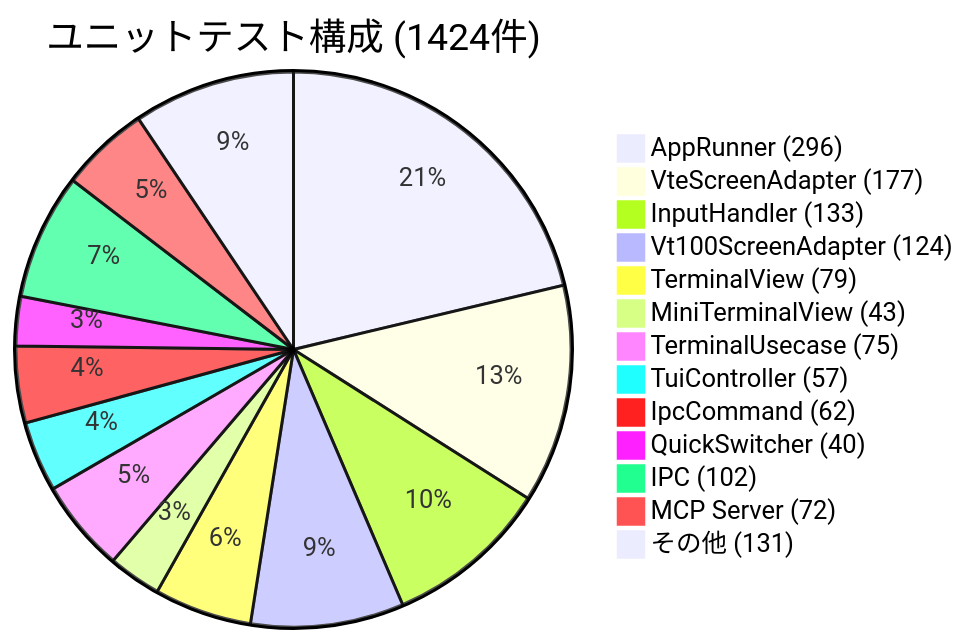
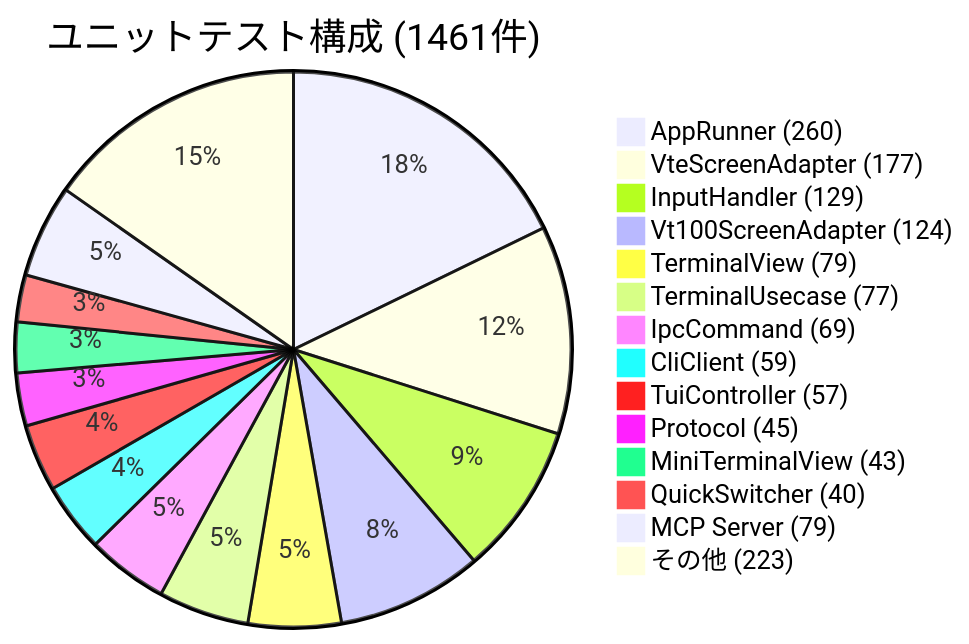
The sixth of 6 diagrams in README.md (Kobayashi-takumi/cli-manager), drawn with Mermaid before and after one commit. The commit also changed other lines of this file and 8 other files, not shown here.

First line of the commit message:
Add IPC notify command for desktop notifications and Claude Code Hooks integration (Phase 21)

````diff
--- a/README.md
+++ b/README.md
@@ -632,16 +638,17 @@
 ```mermaid
-pie title ユニットテスト構成 (1424件)
-    "AppRunner (296)" : 296
+pie title ユニットテスト構成 (1461件)
+    "AppRunner (260)" : 260
     "VteScreenAdapter (177)" : 177
-    "InputHandler (133)" : 133
+    "InputHandler (129)" : 129
     "Vt100ScreenAdapter (124)" : 124
     "TerminalView (79)" : 79
+    "TerminalUsecase (77)" : 77
+    "IpcCommand (69)" : 69
+    "CliClient (59)" : 59
+    "TuiController (57)" : 57
+    "Protocol (45)" : 45
     "MiniTerminalView (43)" : 43
-    "TerminalUsecase (75)" : 75
-    "TuiController (57)" : 57
-    "IpcCommand (62)" : 62
     "QuickSwitcher (40)" : 40
-    "IPC (102)" : 102
-    "MCP Server (72)" : 72
-    "その他 (131)" : 131
+    "MCP Server (79)" : 79
+    "その他 (223)" : 223
 ```
````
